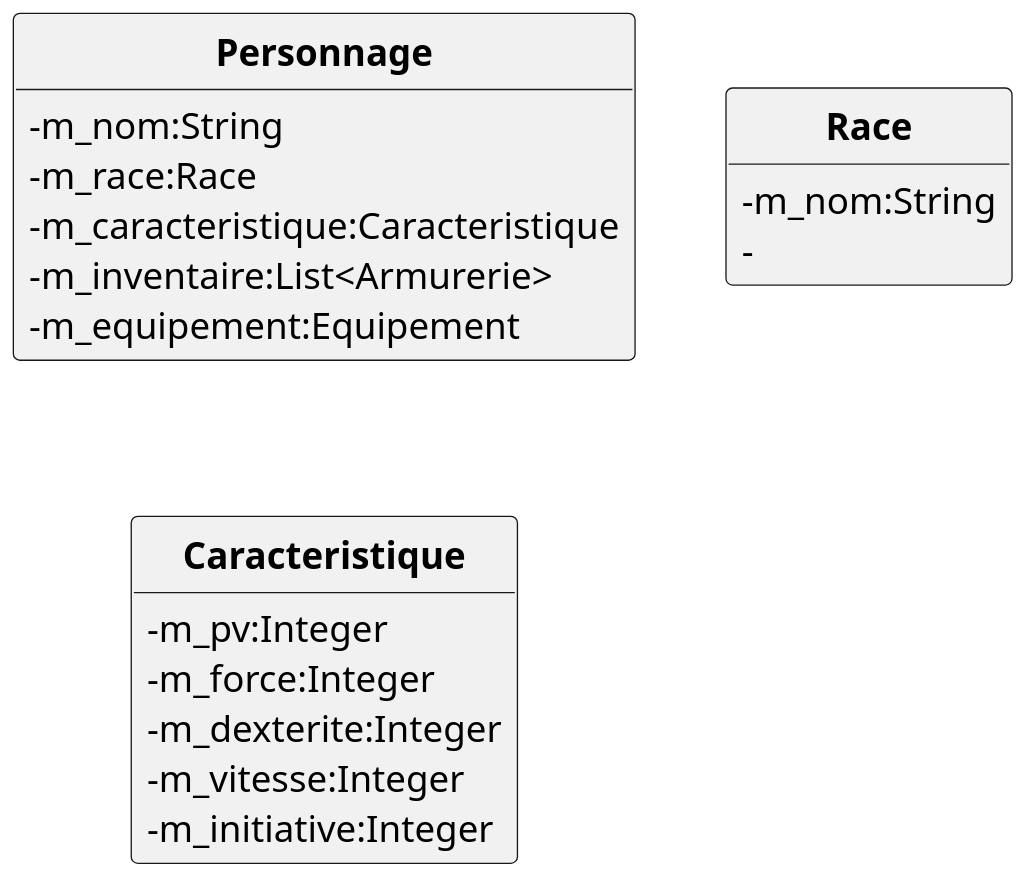
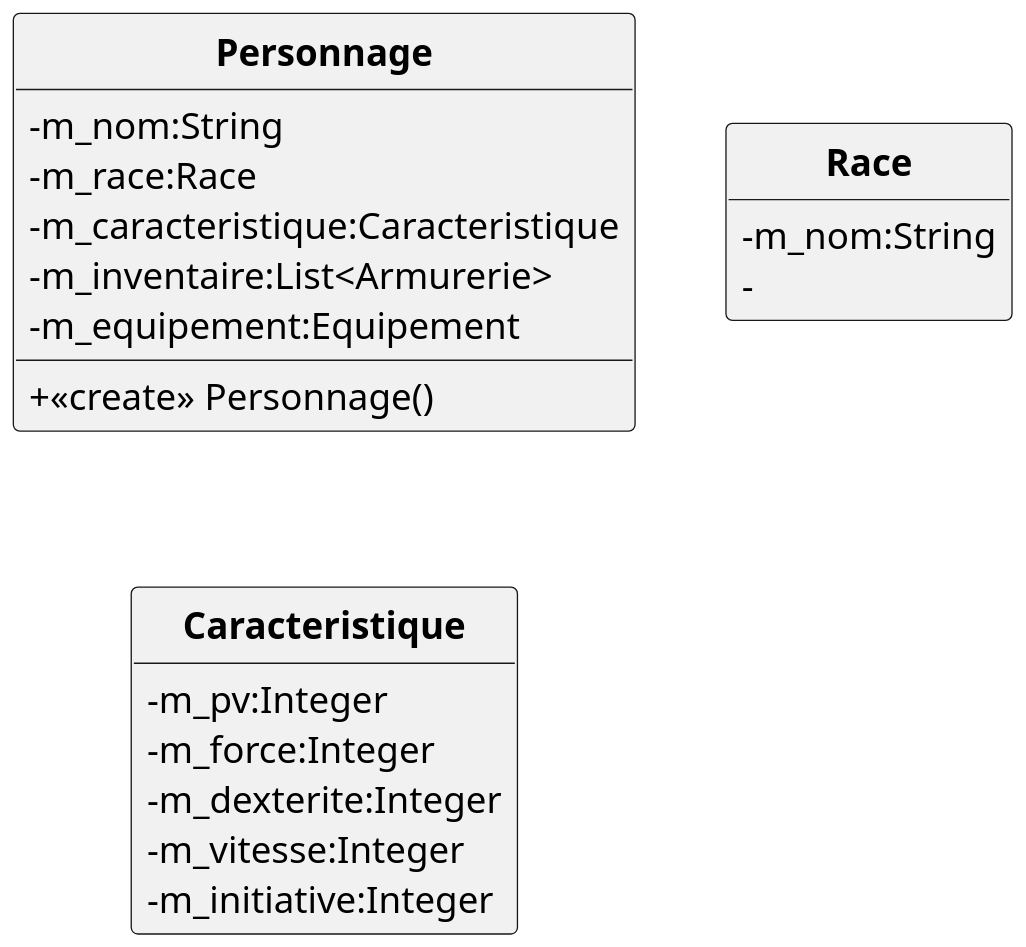
The diagram in uml/DoojonEtDragons.puml (pataatee/DOOnjons-et-Dragons), drawn with PlantUML before and after one commit. The commit also changed 1 other file, not shown here.

Commit message:
Ajout d'une nouvelle branche commune et modif UML

```diff
--- a/uml/DoojonEtDragons.puml
+++ b/uml/DoojonEtDragons.puml
@@ -1,31 +1,32 @@
 @startuml
 'https://plantuml.com/class-diagram
 scale 2
 
 skinparam classAttributeIconSize 0
 skinparam classFontStyle Bold
 skinparam style strictuml
 hide empty members
 
 class Personnage {
+    +<<create>> Personnage()
     -m_nom:String
     -m_race:Race
     -m_caracteristique:Caracteristique
     -m_inventaire:List<Armurerie>
     -m_equipement:Equipement
 }
 
 class Race {
     -m_nom:String
     -
 }
 
 class Caracteristique {
     -m_pv:Integer
     -m_force:Integer
     -m_dexterite:Integer
     -m_vitesse:Integer
     -m_initiative:Integer
 }
 
 @enduml
```
